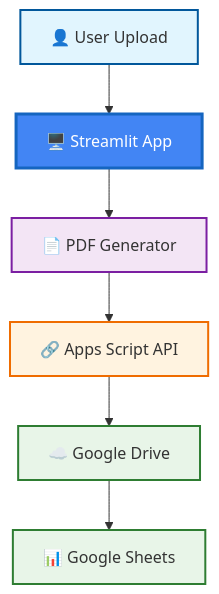
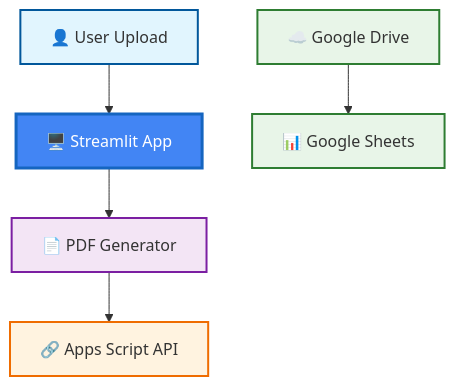
One commit to Felipe-Aranda-INV/Google-Chiron.SxS_PDF_Generator changed the first of 2 diagrams in README.md. Above: the diagram before and after it, drawn with Mermaid.

````diff
--- a/README.md
+++ b/README.md
@@ -11,15 +11,15 @@
 ```mermaid
 graph TD
     A[👤 User Upload] --> B[🖥️ Streamlit App]
     B --> C[📄 PDF Generator]
     C --> E[🔗 Apps Script API]
-    E --> D[☁️ Google Drive] --> F[📊 Google Sheets]
+    D[☁️ Google Drive] --> F[📊 Google Sheets]
     
     
     style A fill:#e1f5fe,stroke:#01579b,stroke-width:2px
     style B fill:#4285f4,color:#fff,stroke:#1565c0,stroke-width:3px
     style C fill:#f3e5f5,stroke:#7b1fa2,stroke-width:2px
     style D fill:#e8f5e8,stroke:#2e7d32,stroke-width:2px
     style E fill:#fff3e0,stroke:#ef6c00,stroke-width:2px
     style F fill:#e8f5e8,stroke:#2e7d32,stroke-width:2px
 ```
````
